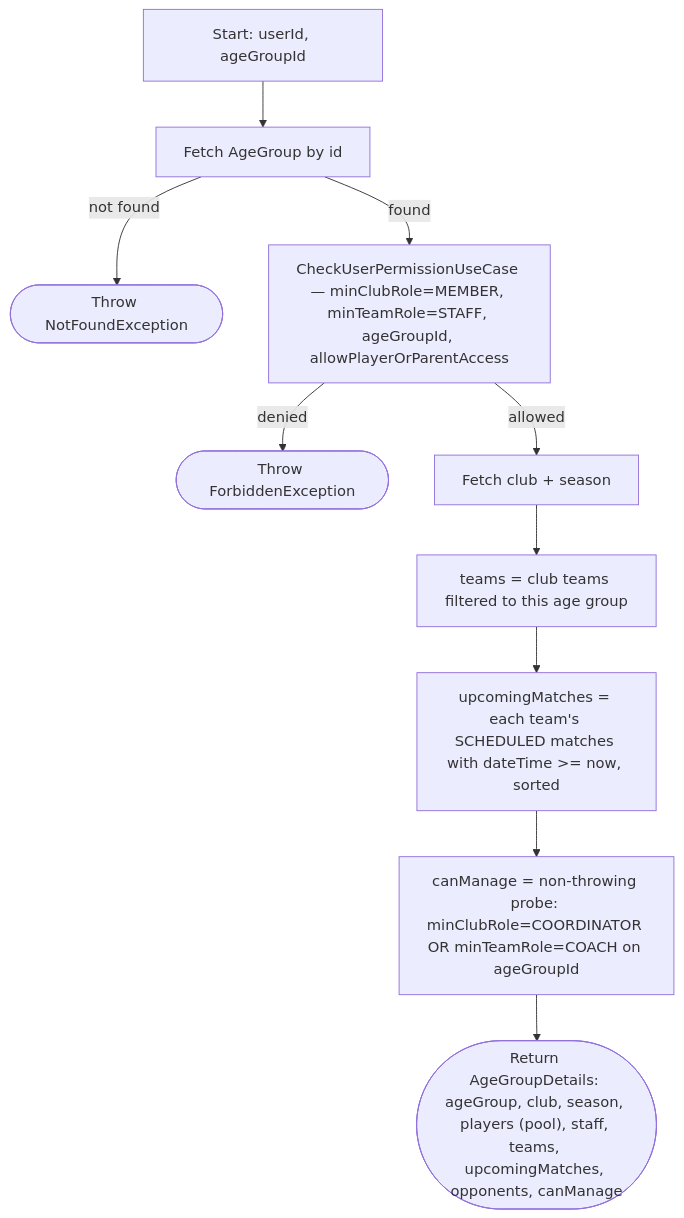
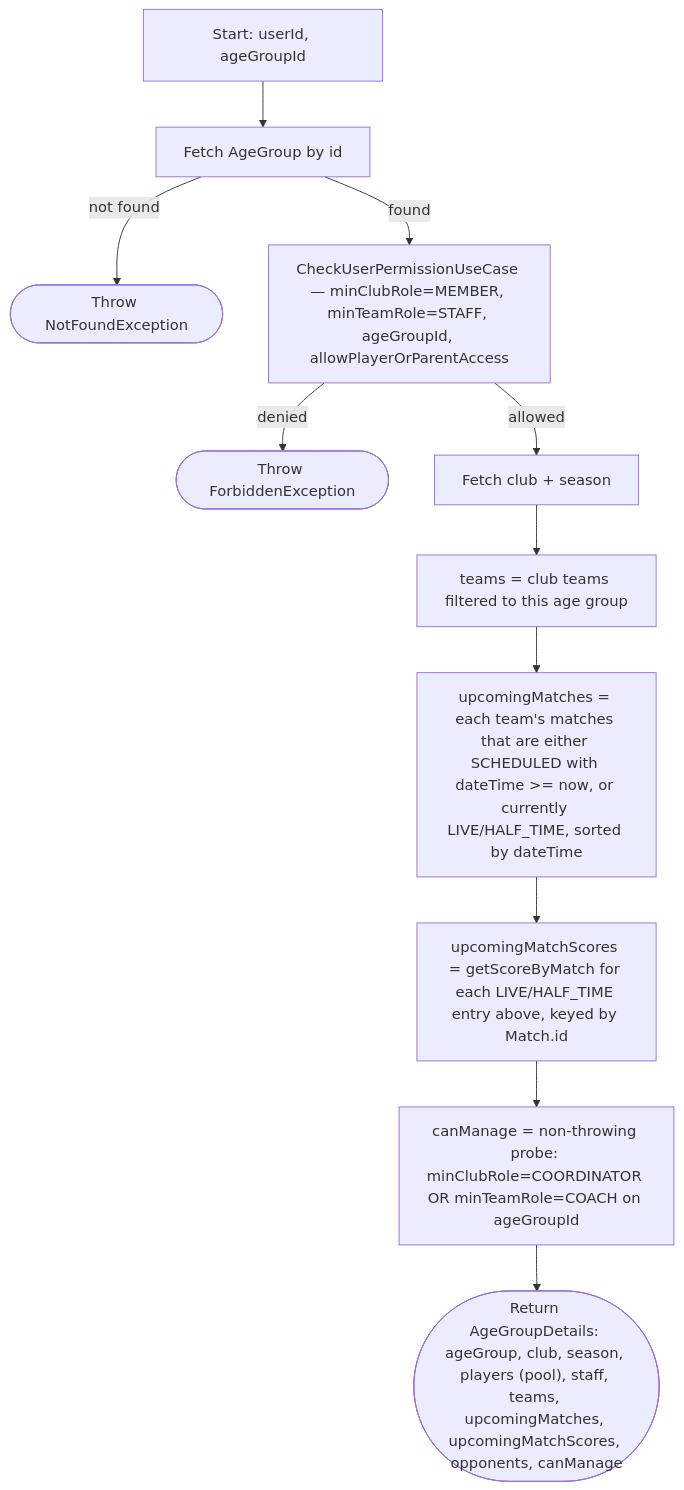
Diagram 19 of 44 in PROCESS_FLOWS.md (ricardofrango/squadify), drawn with Mermaid before and after one commit. The commit also changed other lines of this file and 10 other files, not shown here.

````diff
--- a/PROCESS_FLOWS.md
+++ b/PROCESS_FLOWS.md
@@ -367,12 +367,13 @@
 ```mermaid
 graph TD
     A[Start: userId, ageGroupId] --> B[Fetch AgeGroup by id]
     B -- not found --> N(["Throw NotFoundException"])
     B -- found --> C[CheckUserPermissionUseCase — minClubRole=MEMBER, minTeamRole=STAFF, ageGroupId, allowPlayerOrParentAccess]
     C -- denied --> F(["Throw ForbiddenException"])
     C -- allowed --> D[Fetch club + season]
     D --> E[teams = club teams filtered to this age group]
-    E --> G[upcomingMatches = each team's SCHEDULED matches with dateTime >= now, sorted]
-    G --> H["canManage = non-throwing probe: minClubRole=COORDINATOR OR minTeamRole=COACH on ageGroupId"]
-    H --> Z(["Return AgeGroupDetails: ageGroup, club, season, players (pool), staff, teams, upcomingMatches, opponents, canManage"])
+    E --> G["upcomingMatches = each team's matches that are either SCHEDULED with dateTime >= now, or currently LIVE/HALF_TIME, sorted by dateTime"]
+    G --> G2["upcomingMatchScores = getScoreByMatch for each LIVE/HALF_TIME entry above, keyed by Match.id"]
+    G2 --> H["canManage = non-throwing probe: minClubRole=COORDINATOR OR minTeamRole=COACH on ageGroupId"]
+    H --> Z(["Return AgeGroupDetails: ageGroup, club, season, players (pool), staff, teams, upcomingMatches, upcomingMatchScores, opponents, canManage"])
 ```
````
